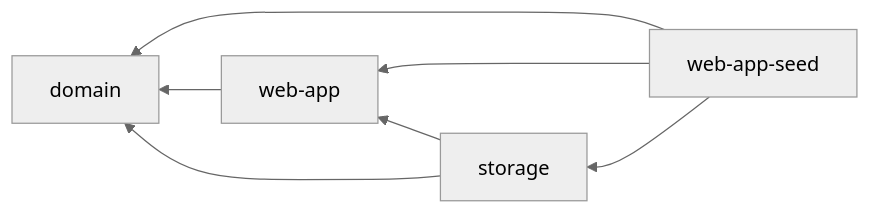
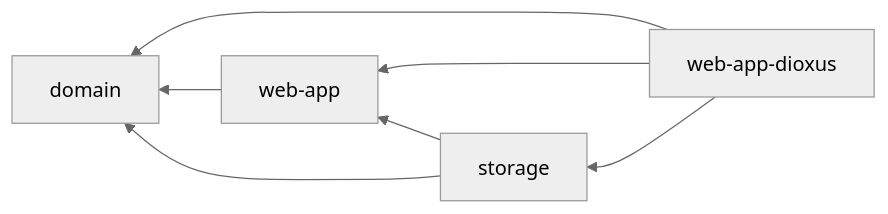
The second of 2 diagrams in doc/ARCHITECTURE.md (treiher/valens), drawn with Mermaid (neutral theme) before and after one commit. The commit also changed other lines of this file and 1 other file, not shown here.

````diff
--- a/doc/ARCHITECTURE.md
+++ b/doc/ARCHITECTURE.md
@@ -44,10 +54,10 @@
 ```mermaid
 graph RL
-    WAS[web-app-seed]
+    WAD[web-app-dioxus]
     WA[web-app]
     S[storage]
     D[domain]
-    WAS --> D & S & WA
+    WAD --> D & S & WA
     WA --> D
     S --> D & WA
 ```
````
